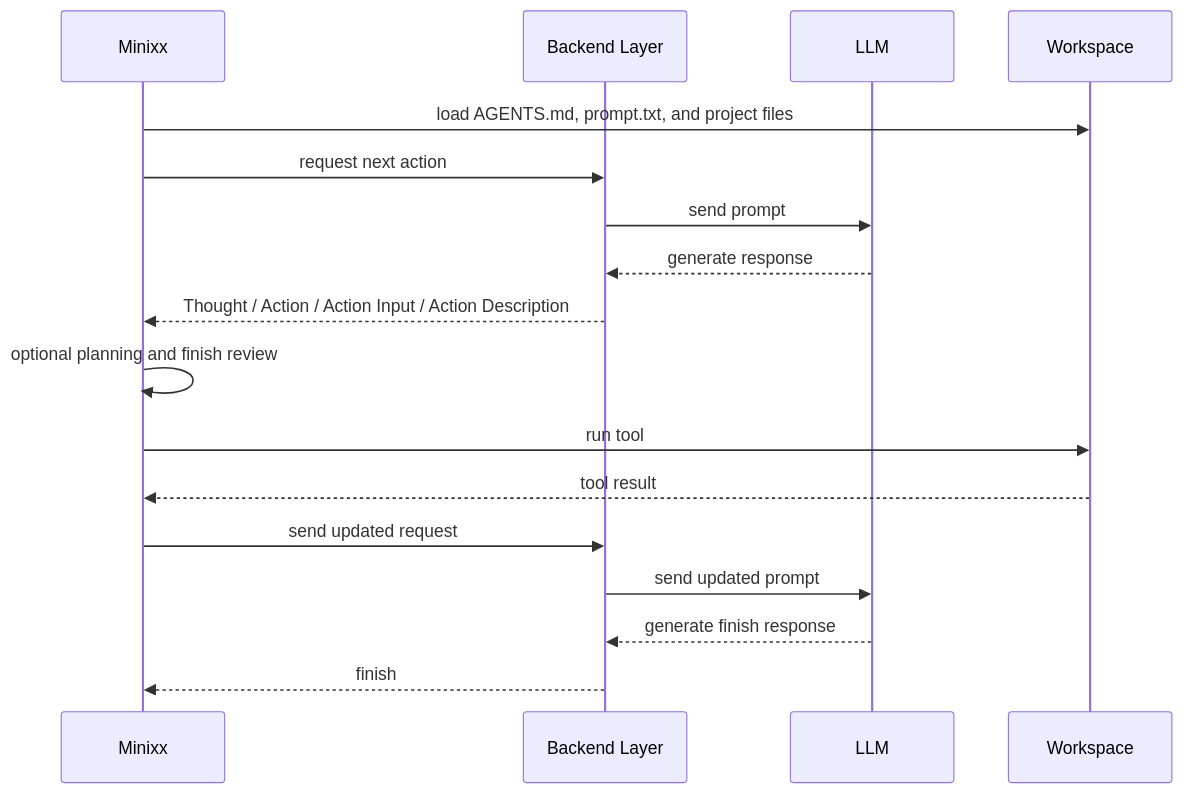
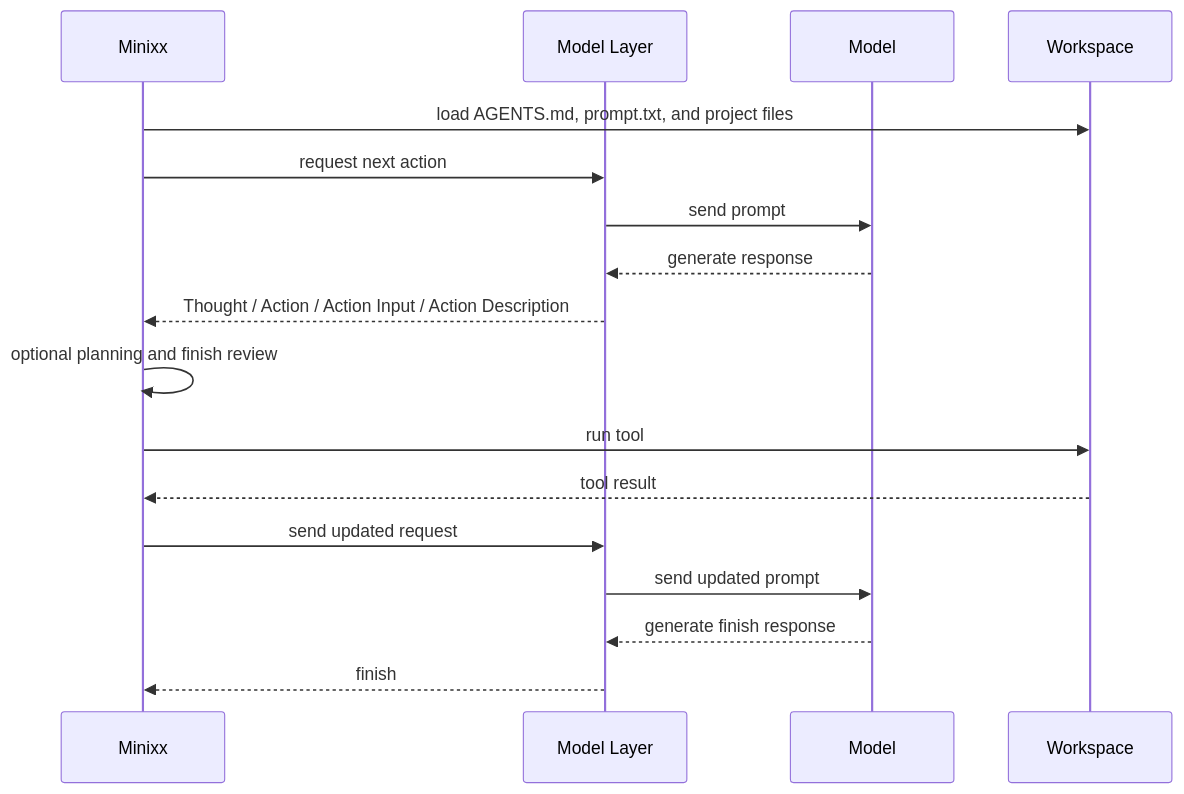
The second of 4 diagrams in README.md (mtov/minixx), drawn with Mermaid before and after one commit. The commit also changed other lines of this file and 10 other files, not shown here.

Commit message:
refactor: rename backend terminology to model

````diff
--- a/README.md
+++ b/README.md
@@ -122,20 +122,20 @@
 ```mermaid
 sequenceDiagram
     participant Minixx
-    participant BackendLayer as Backend Layer
-    participant LLM
+    participant ModelLayer as Model Layer
+    participant Model
     participant Workspace
 
     Minixx->>Workspace: load AGENTS.md, prompt.txt, and project files
-    Minixx->>BackendLayer: request next action
-    BackendLayer->>LLM: send prompt
-    LLM-->>BackendLayer: generate response
-    BackendLayer-->>Minixx: Thought / Action / Action Input / Action Description
+    Minixx->>ModelLayer: request next action
+    ModelLayer->>Model: send prompt
+    Model-->>ModelLayer: generate response
+    ModelLayer-->>Minixx: Thought / Action / Action Input / Action Description
     Minixx->>Minixx: optional planning and finish review
     Minixx->>Workspace: run tool
     Workspace-->>Minixx: tool result
-    Minixx->>BackendLayer: send updated request
-    BackendLayer->>LLM: send updated prompt
-    LLM-->>BackendLayer: generate finish response
-    BackendLayer-->>Minixx: finish
+    Minixx->>ModelLayer: send updated request
+    ModelLayer->>Model: send updated prompt
+    Model-->>ModelLayer: generate finish response
+    ModelLayer-->>Minixx: finish
 ```
````
